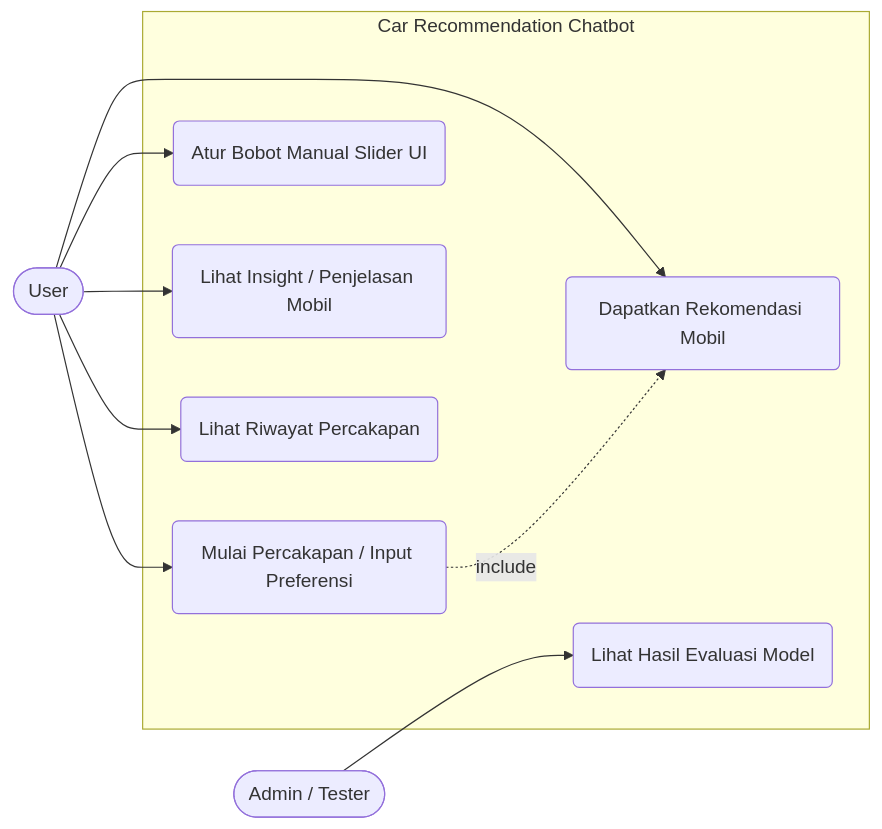
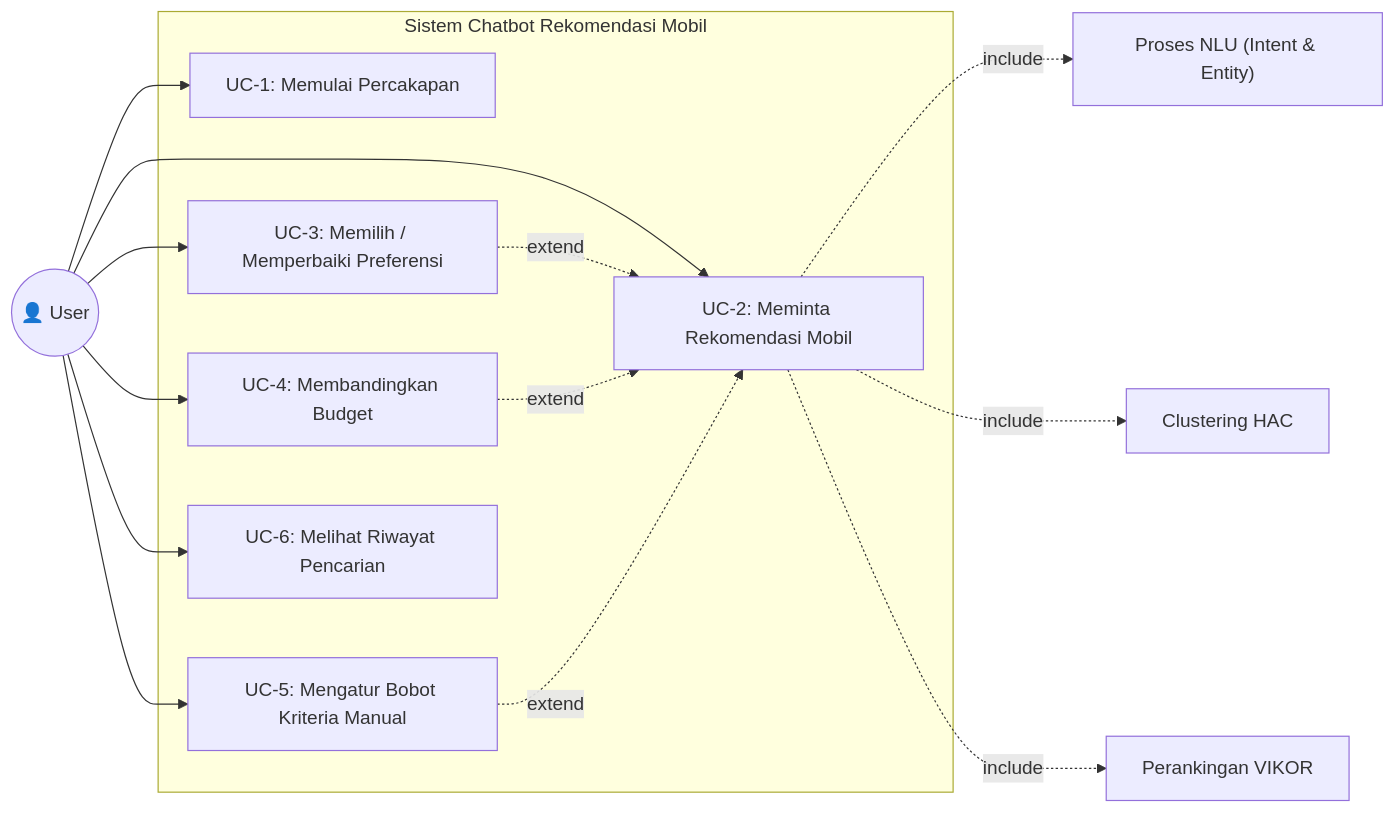
One commit to ivansaostomat1/Chatbot-Rekomendasi-Mobil changed the first of 14 diagrams in docs/UML_Diagrams.md. Above: the diagram before and after it, drawn with Mermaid. The commit also changed other lines of this file and 5 other files, not shown here.

````diff
--- a/docs/UML_Diagrams.md
+++ b/docs/UML_Diagrams.md
@@ -8,22 +5,27 @@
 ```mermaid
-flowchart LR
-    User([User])
-    Admin([Admin / Tester])
+graph LR
+    subgraph System["Sistem Chatbot Rekomendasi Mobil"]
+        UC1["UC-1: Memulai Percakapan"]
+        UC2["UC-2: Meminta Rekomendasi Mobil"]
+        UC3["UC-3: Memilih / Memperbaiki Preferensi"]
+        UC4["UC-4: Membandingkan Budget"]
+        UC5["UC-5: Mengatur Bobot Kriteria Manual"]
+        UC6["UC-6: Melihat Riwayat Pencarian"]
+    end
 
-    subgraph System [Car Recommendation Chatbot]
-        UC1(Mulai Percakapan / Input Preferensi)
-        UC2(Dapatkan Rekomendasi Mobil)
-        UC3(Atur Bobot Manual Slider UI)
-        UC4(Lihat Insight / Penjelasan Mobil)
-        UC5(Lihat Riwayat Percakapan)
-        UC6(Lihat Hasil Evaluasi Model)
-    end
+    User(("👤 User"))
 
     User --> UC1
     User --> UC2
     User --> UC3
     User --> UC4
     User --> UC5
-    Admin --> UC6
-    UC1 -.->|include| UC2
+    User --> UC6
+
+    UC2 -.->|include| UC_NLU["Proses NLU (Intent & Entity)"]
+    UC2 -.->|include| UC_Cluster["Clustering HAC"]
+    UC2 -.->|include| UC_VIKOR["Perankingan VIKOR"]
+    UC3 -.->|extend| UC2
+    UC4 -.->|extend| UC2
+    UC5 -.->|extend| UC2
 ```
````
